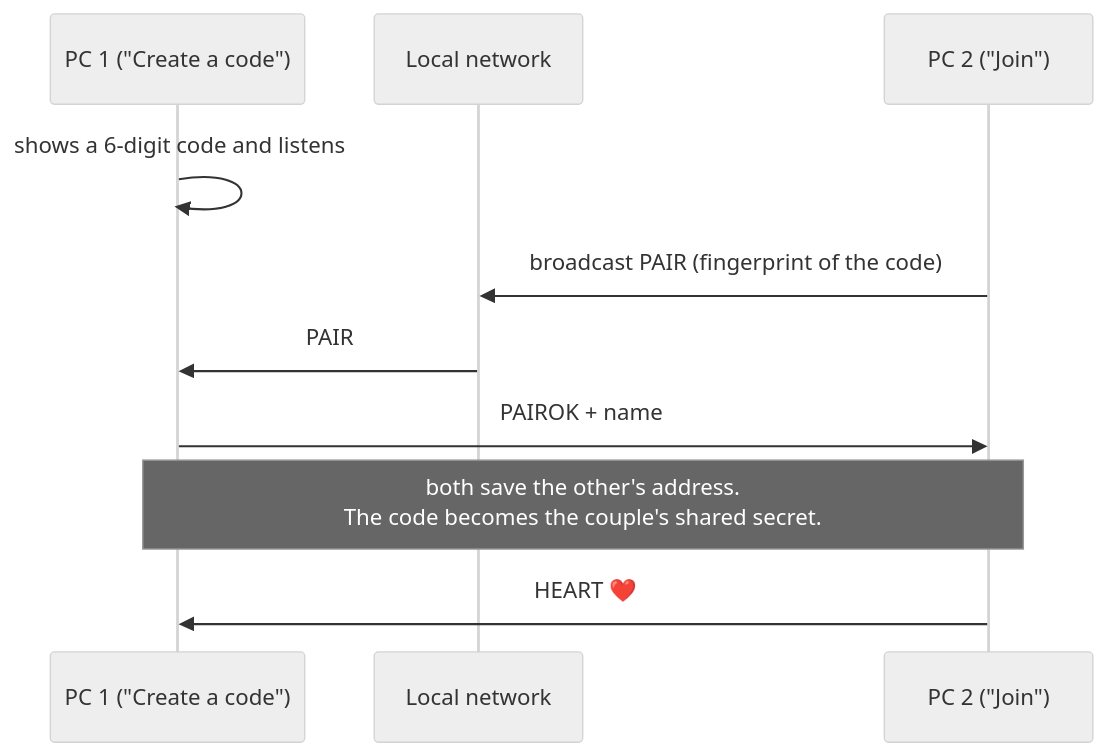
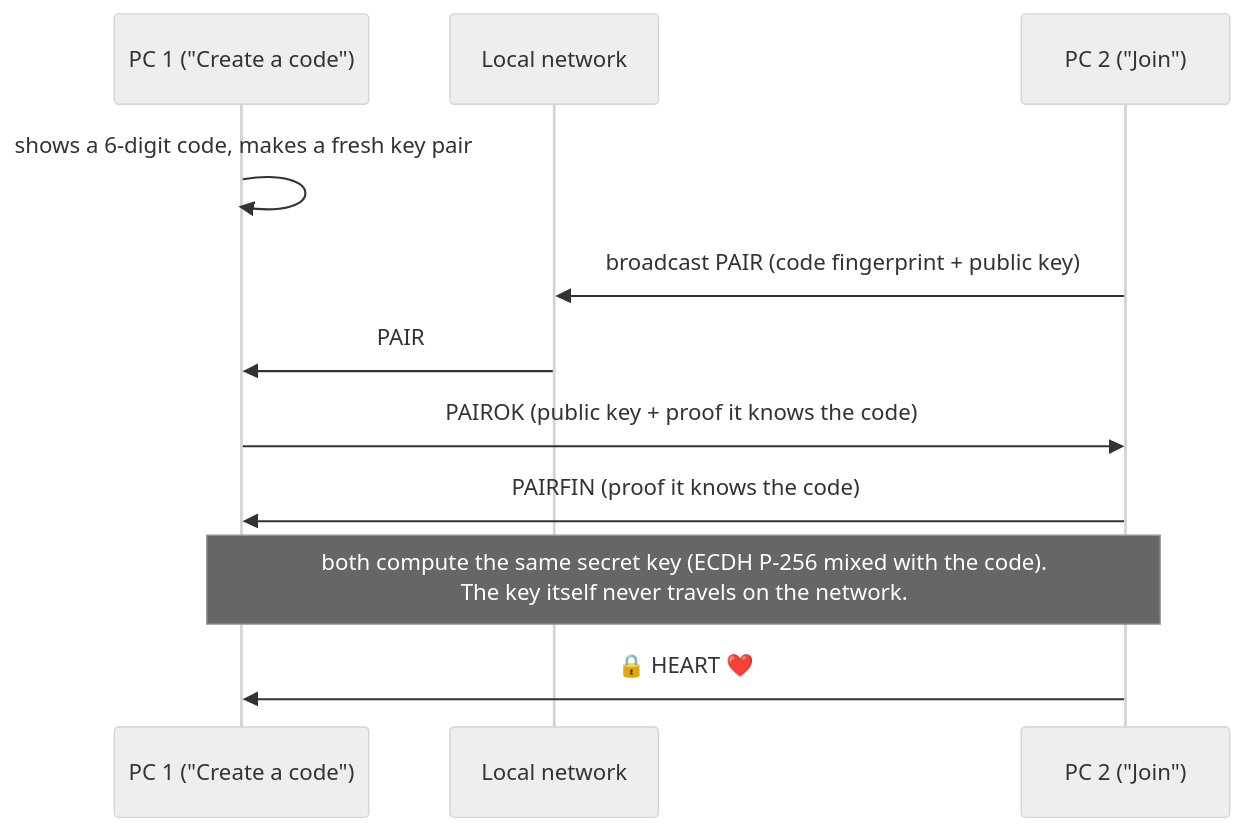
Before and after one commit to axel-gilbert/mimi: the second of 3 diagrams in README.md, drawn with Mermaid (neutral theme). The commit also changed other lines of this file and 94 other files, not shown here.

````diff
--- a/README.md
+++ b/README.md
@@ -102,12 +150,13 @@
 ```mermaid
 sequenceDiagram
     participant A as PC 1 ("Create a code")
     participant N as Local network
     participant B as PC 2 ("Join")
-    A->>A: shows a 6-digit code and listens
-    B->>N: broadcast PAIR (fingerprint of the code)
+    A->>A: shows a 6-digit code, makes a fresh key pair
+    B->>N: broadcast PAIR (code fingerprint + public key)
     N->>A: PAIR
-    A->>B: PAIROK + name
-    Note over A,B: both save the other's address.<br/>The code becomes the couple's shared secret.
-    B->>A: HEART ❤️
+    A->>B: PAIROK (public key + proof it knows the code)
+    B->>A: PAIRFIN (proof it knows the code)
+    Note over A,B: both compute the same secret key (ECDH P-256 mixed with the code).<br/>The key itself never travels on the network.
+    B->>A: 🔒 HEART ❤️
 ```
````
